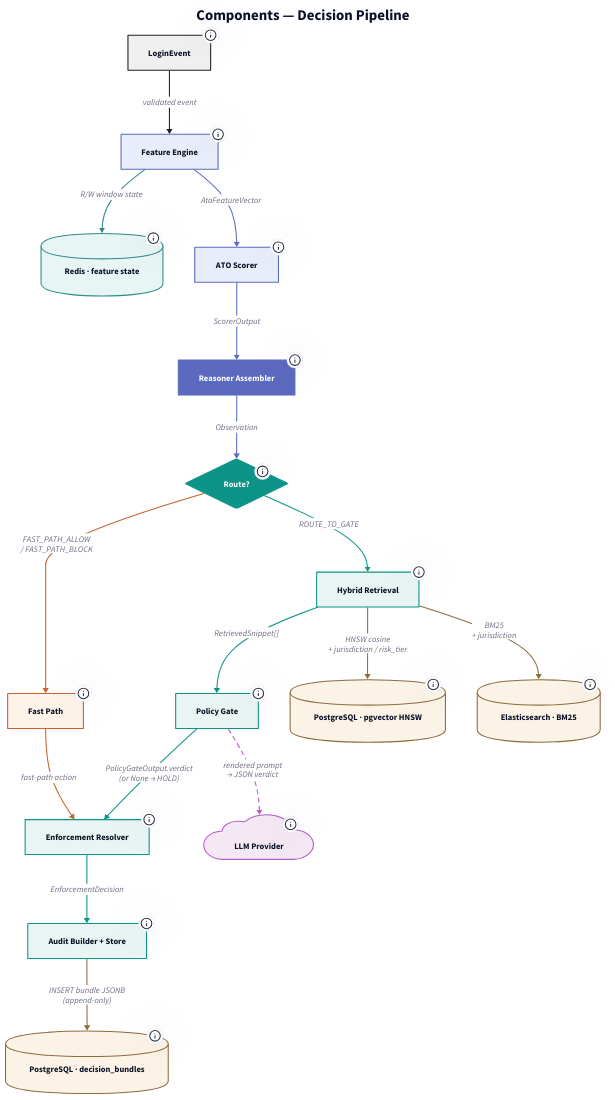
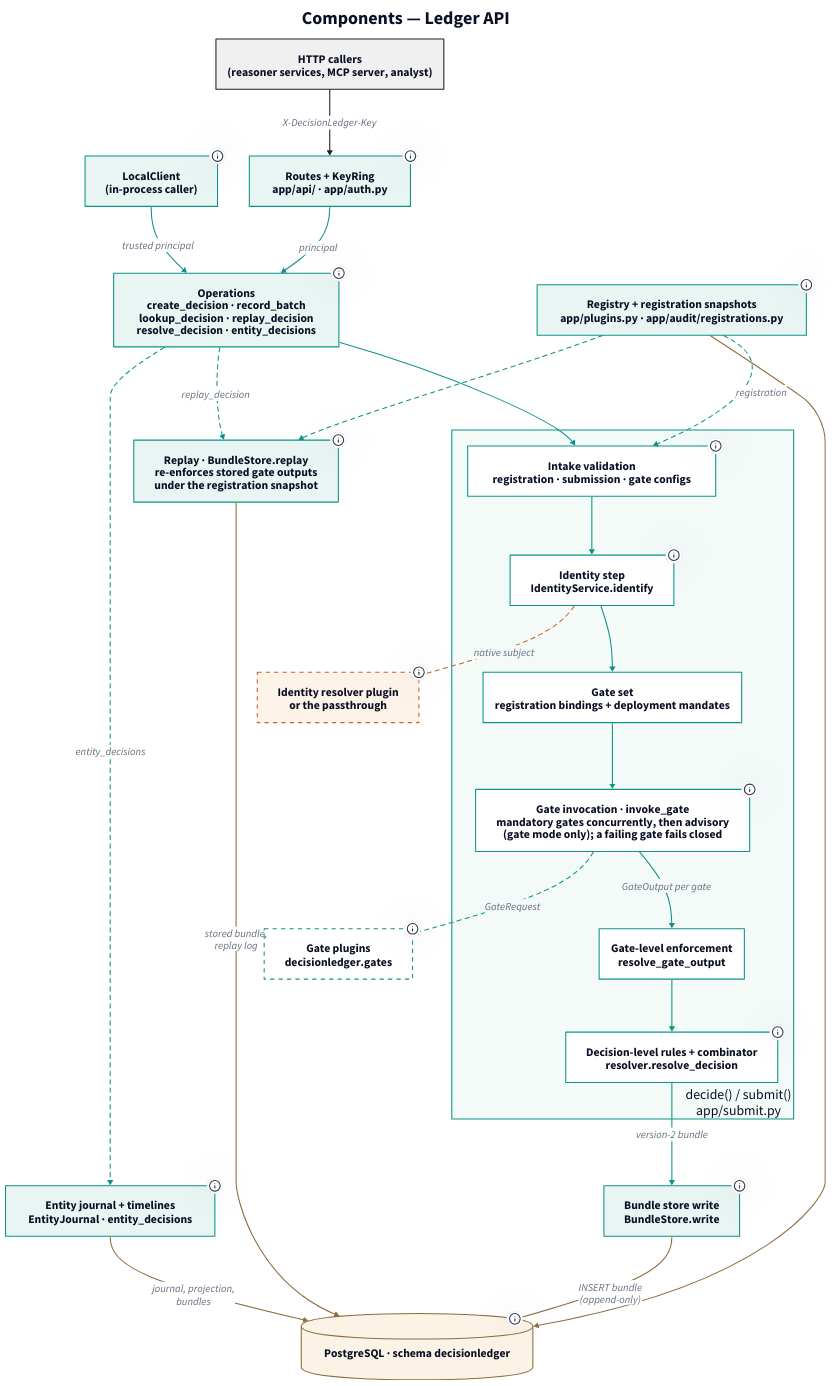
One commit to charleskelley/decision-ledger changed the diagram in docs/design/diagrams/components.d2. Above: the diagram before and after it, drawn with D2. The commit also changed 9 other files, not shown here.

First line of the commit message:
docs(diagrams): the five diagrams show the ledger, its plugins, and the submission flow

```diff
--- a/docs/design/diagrams/components.d2
+++ b/docs/design/diagrams/components.d2
@@ -1,25 +1,32 @@
 ###############################################################################
-# DecisionLedger — C4 Level 3: Decision Pipeline Components
+# DecisionLedger — C4 Level 3: Ledger API Components
 #
-# Zooms into the Decision API container (app/main.py:create_app mounts the
-# ATO plugin's router; the request runs ato_reasoner.pipeline.run_ato_decision
-# and then app/decide.py:execute_decision). Shows domain assembly → intake
-# validation + routing → retrieval + gate (or fast path) → enforcement →
-# audit. The Reasoner Assembler is the single handoff point between the
-# domain and framework layers (the upper/lower halves of the diagram,
-# distinguished by indigo vs teal). Indigo components are code in the ATO
-# workspace member (reasoners/account_takeover/src/ato_reasoner/); teal
-# components are framework code in app/.
+# Zooms into the Ledger API container (app/main.py:create_app). A request
+# enters through the routes and the key ring (app/api/, app/auth.py), which
+# map the X-DecisionLedger-Key header to a principal, and reaches one of the
+# ledger's operations; LocalClient (app/client.py) enters at the same
+# operations in process, as the trusted caller. A decision write runs
+# decide()/submit() (app/submit.py), the framework half of every decision:
+# intake validation → the identity step → the gate set → gate invocation
+# (mandatory gates concurrently, then advisory ones) → gate-level enforcement
+# → the decision-level rules and the combinator → the bundle store write.
+# Side paths: replay re-enforces a bundle's stored gate outputs under its
+# registration snapshot and logs the outcome to replay_logs; the registry
+# snapshots every registration version; the entity journal and the timeline
+# query serve a subject's decisions.
+# Teal components are framework code; dashed ones are plugins the framework
+# loads but does not implement (gate plugins, the identity resolver).
 #
 # Render:  d2 --theme 0 components.d2 ../../assets/diagrams/components.svg
 #          (uses dagre — see justfile for the special-case)
-# Ref:     docs/design/architecture.md, docs/design/pipeline.md, docs/design/reasoner-handoff.md
+# Ref:     docs/design/architecture.md, docs/design/pipeline.md,
+#          docs/design/identity.md
 ###############################################################################
 
-title: Components — Decision Pipeline {
+title: Components — Ledger API {
   near: top-center
   shape: text
-  style.font-size: 28
+  style.font-size: 34
   style.bold: true
 }
 
@@ -27,207 +34,161 @@
 
 ###############################################################################
 # Palette
-#   Domain layer       fill #e8eef9 / stroke #5b6abf  (indigo)
-#   Framework layer    fill #e8f5f3 / stroke #0d9488  (teal)
-#   Routing diamond    filled teal / white text
-#   Fast-path branch   fill #fef3e8 / stroke #c9622e  (burnt orange)
-#   Datastore          fill #fbf3e6 / stroke #8c6d3f  (ochre)
-#   Streaming state    fill #e8f5f5 / stroke #2e8b8b  (cyan)
-#   LLM provider       fill #f5e8f5 / stroke #b45dc9  (violet)
+#   Framework        fill #e8f5f3 / stroke #0d9488  (teal)
+#   Decision steps   fill #ffffff / stroke #0d9488  (teal outline, in the
+#                    decide/submit container)
+#   Gate plugin      fill #ffffff / stroke #0d9488, dashed
+#   Identity         fill #fef3e8 / stroke #c9622e, dashed  (burnt orange:
+#                    the enterprise's resolver plugin or the passthrough)
+#   Datastore        fill #fbf3e6 / stroke #8c6d3f  (ochre)
+#   Caller           fill #f0f0f0 / stroke #1c2024  (neutral)
 ###############################################################################
 
-###############################################################################
-# Inputs
-###############################################################################
+# Node text 22px and edge text 20px keep the labels legible at the docs
+# column width
+classes: {
+  caller: {style: {fill: "#f0f0f0"; stroke: "#1c2024"; stroke-width: 2; font-size: 22}}
+  framework: {style: {fill: "#e8f5f3"; stroke: "#0d9488"; stroke-width: 2; font-size: 22}}
+  step: {style: {fill: "#ffffff"; stroke: "#0d9488"; stroke-width: 2; font-size: 22}}
+  plugin: {style: {fill: "#ffffff"; stroke: "#0d9488"; stroke-width: 2; stroke-dash: 4; font-size: 22}}
+  identity: {style: {fill: "#fef3e8"; stroke: "#c9622e"; stroke-width: 2; stroke-dash: 4; font-size: 22}}
+  datastore: {shape: cylinder; style: {fill: "#fbf3e6"; stroke: "#8c6d3f"; stroke-width: 2; font-size: 22}}
 
-input: LoginEvent {
-  shape: rectangle
-  style.fill: "#f0f0f0"
-  style.stroke: "#1c2024"
-  tooltip: "Validated LoginEvent — entered via POST /api/v1/ato/decisions (ato_reasoner/api.py) or the in-process eval driver (ato_reasoner/eval/driver.py)."
+  flow: {style: {stroke: "#0d9488"; stroke-width: 2; font-size: 20}}
+  side: {style: {stroke: "#0d9488"; stroke-dash: 4; font-size: 20}}
+  to-plugin: {style: {stroke: "#0d9488"; stroke-dash: 4; font-size: 20}}
+  to-identity: {style: {stroke: "#c9622e"; stroke-dash: 4; font-size: 20}}
+  to-store: {style: {stroke: "#8c6d3f"; font-size: 20}}
+  from-caller: {style: {stroke: "#1c2024"; font-size: 20}}
 }
 
 ###############################################################################
-# Domain layer (indigo) — pre-handoff
+# Entry: callers, routes, operations
 ###############################################################################
 
-features: Feature Engine {
-  style.fill: "#e8eef9"
-  style.stroke: "#5b6abf"
-  style.stroke-width: 2
-  tooltip: "FeatureService.compute() — sliding-window velocity + novelty + impossible-travel features over Redis state. ato_reasoner/feature_service.py."
+http: "HTTP callers\n(reasoner services, MCP server, analyst)" {
+  class: caller
 }
 
-redis_state: Redis  ·  feature state {
-  shape: cylinder
-  style.fill: "#e8f5f5"
-  style.stroke: "#2e8b8b"
-  style.stroke-width: 2
-  tooltip: "Per-account ato:* hashes, sets, and sorted sets for sliding windows. TTL-managed. Owned by the ATO reasoner (reasoners/account_takeover/compose.yaml; ATO_REDIS_URL), not the framework."
+local: "LocalClient\n(in-process caller)" {
+  class: framework
+  tooltip: "app/client.py — runs the ledger in the caller's process and calls the same operations the HTTP routes call, as the trusted in-process principal. Eval drivers, tests, and a reasoner that embeds the ledger use it."
 }
 
-scorer: ATO Scorer {
-  style.fill: "#e8eef9"
-  style.stroke: "#5b6abf"
-  style.stroke-width: 2
-  tooltip: "AtoScorer.score() — XGBoost over AtoFeatureVector → ScorerOutput (risk_score, top SHAP signals, GateRoute). ato_reasoner/scorer/."
+routes: "Routes + KeyRing\napp/api/ · app/auth.py" {
+  class: framework
+  tooltip: "GET /health and the /api/v1 routes. KeyRing maps X-DecisionLedger-Key to a principal: a reasoner (bound to its reasoner_id) or the operator. Errors are RFC 9457 problem documents with a stable code (app/api/errors.py)."
 }
 
-assembler: Reasoner Assembler {
-  style.fill: "#5b6abf"
-  style.stroke: "#5b6abf"
-  style.font-color: "#ffffff"
-  style.bold: true
-  style.stroke-width: 2
-  tooltip: "build_observation() — the only function crossing the domain → framework boundary. Translates (LoginEvent, AtoFeatureVector, ScorerOutput) into an Observation with ReasonerContext + GateContext + (fast_path_rationale on fast path). ato_reasoner/assembler.py."
+ops: "Operations\ncreate_decision · record_batch\nlookup_decision · replay_decision\nresolve_decision · entity_decisions" {
+  class: framework
+  tooltip: "app/api/decisions.py and app/api/entities.py: the functions the routes and LocalClient both call."
 }
 
 ###############################################################################
-# Routing diamond
+# decide() / submit() — the framework half of every decision
 ###############################################################################
 
-route: Route? {
-  shape: diamond
-  style.fill: "#0d9488"
-  style.stroke: "#0d9488"
-  style.font-color: "#ffffff"
-  style.bold: true
-  style.stroke-width: 2
-  tooltip: "execute_decision first runs validate_observation against the reasoner registry (registered reasoner, allowed gate / template / jurisdictions), then inspects observation.route. ATO thresholds: FAST_PATH_ALLOW < 0.20; FAST_PATH_BLOCK > 0.95; otherwise ROUTE_TO_GATE. app/decide.py."
+submit: "decide() / submit()\napp/submit.py" {
+  style: {fill: "#f3faf8"; stroke: "#0d9488"; stroke-width: 2; font-size: 26}
+  # Bottom-right, on two lines, keeps the label clear of the edges entering
+  # at the top and the bundle edge leaving at the bottom
+  label.near: bottom-right
+
+  validate: "Intake validation\nregistration · submission · gate configs" {
+    class: step
+    tooltip: "The reasoner must be registered; validate_submission checks the record's bypass citation, the native subject, and the gate contexts; each composed gate checks its own config_model (and ConfigAuthorizer). A failure raises SubmissionContractError before any gate runs."
+  }
+  identity: "Identity step\nIdentityService.identify" {
+    class: step
+    tooltip: "Resolves the submission's native subject through the active resolver in a worker thread under a 50 ms budget (DEFAULT_IDENTITY_BUDGET_MS). Any failure gives the passthrough subject, unresolved, with the reason. It never refuses a decision."
+  }
+  gateset: "Gate set\nregistration bindings + deployment mandates" {
+    class: step
+  }
+  invoke: "Gate invocation · invoke_gate\nmandatory gates concurrently, then advisory\n(gate mode only); a failing gate fails closed" {
+    class: step
+    tooltip: "Advisory gates run only on a gated decision, and are skipped (recorded with the reason) once a mandatory gate blocks. A gate that raises, outlives its budget (45 s default), returns an unusable output, or is not composed is recorded failed and holds the decision."
+  }
+  gatelevel: "Gate-level enforcement\nresolve_gate_output" {
+    class: step
+  }
+  decisionlevel: "Decision-level rules + combinator\nresolver.resolve_decision" {
+    class: step
+    tooltip: "app/enforcement/resolver.py — the decision-level rules, the bypass checks (snapshotted into the bundle), and the most-restrictive combinator over ALLOW < CHALLENGE < HOLD < BLOCK."
+  }
+
+  validate -> identity: {class: flow}
+  identity -> gateset: {class: flow}
+  gateset -> invoke: {class: flow}
+  invoke -> gatelevel: "GateOutput per gate" {class: flow}
+  gatelevel -> decisionlevel: {class: flow}
+}
+
+store: "Bundle store write\nBundleStore.write" {
+  class: framework
+  tooltip: "app/audit/store.py — writes the version-2 bundle stamped with registration_version, and opens the relationships its identity asserts in the membership projection."
 }
 
 ###############################################################################
-# Framework layer (teal) — post-handoff
+# Plugins the framework loads but does not implement
 ###############################################################################
 
-retrieval: Hybrid Retrieval {
-  style.fill: "#e8f5f3"
-  style.stroke: "#0d9488"
-  style.stroke-width: 2
-  tooltip: "PolicyRetriever.retrieve() — pgvector HNSW (dense) + Elasticsearch BM25 (sparse) → RRF fusion → cross-encoder rerank (latency-budget bypass falls back to RRF-only). Filters: reasoner_id (tenant) and jurisdictions on both stores; risk_tier on pgvector only. app/retrieval/."
+resolver: "Identity resolver plugin\nor the passthrough" {
+  class: identity
+  tooltip: "decisionledger.identity_resolvers entry point named by DECISIONLEDGER_IDENTITY_RESOLVER (app/identity/resolvers.py); the passthrough (app/identity/passthrough.py) when none is configured."
 }
 
-gate: Policy Gate {
-  style.fill: "#e8f5f3"
-  style.stroke: "#0d9488"
-  style.stroke-width: 2
-  tooltip: "PolicyGate.evaluate() — resolves the reasoner's YAML prompt template (from its plugin prompts_dir) via gate_config template_id, sends the template's system text, renders with template_vars + retrieved snippets, calls the LLM with a structured-output schema, returns PolicyGateOutput (verdict + rationale + citations) or None on validation failure. app/gate/policy/."
-}
-
-fast_path: Fast Path {
-  style.fill: "#fef3e8"
-  style.stroke: "#c9622e"
-  style.stroke-width: 2
-  tooltip: "Bypasses retrieval + LLM. fast_path_rationale records why. GateContext is still preserved on the bundle for retrospective shadow evaluation."
-}
-
-enforcement: Enforcement Resolver {
-  style.fill: "#e8f5f3"
-  style.stroke: "#0d9488"
-  style.stroke-width: 2
-  tooltip: "resolve(obs, verdict, snippets, decision_id, registration) — pure deterministic rule application. Schema-failure / novel-entity (registration.novel_entity_feature) / low-confidence / jurisdiction-conflict (registration.jurisdiction_conflict_groups) → HOLD; adversarial probe → BLOCK. Severity ladder ALLOW < CHALLENGE < HOLD < BLOCK. Re-runnable byte-identically for replay. app/enforcement/."
-}
-
-audit: Audit Builder + Store {
-  style.fill: "#e8f5f3"
-  style.stroke: "#0d9488"
-  style.stroke-width: 2
-  tooltip: "build_bundle() composes the immutable DecisionBundle (raw_event Observation, retrieval results, gate_input/gate_output, enforcement decision, latency breakdown). BundleStore.write() persists JSONB to Postgres. app/audit/."
+gates: "Gate plugins\ndecisionledger.gates" {
+  class: plugin
+  tooltip: "Composed by app/gates.py. Each gate's evaluate(GateRequest) returns a GateOutput; the ledger enforces it."
 }
 
 ###############################################################################
-# External datastores + LLM
+# Side paths
 ###############################################################################
 
-pg_vec: PostgreSQL  ·  pgvector HNSW {
-  shape: cylinder
-  style.fill: "#fbf3e6"
-  style.stroke: "#8c6d3f"
-  style.stroke-width: 2
-  tooltip: "Dense policy embeddings (384-dim, cosine, HNSW)."
+registry: "Registry + registration snapshots\napp/plugins.py · app/audit/registrations.py" {
+  class: framework
+  tooltip: "The plugins' registrations plus the registration file's (DECISIONLEDGER_REGISTRATIONS). Each version is snapshotted to reasoner_registrations before the first decision; intake validates against the current version, replay against the bundle's registration_version."
 }
 
-es: Elasticsearch  ·  BM25 {
-  shape: cylinder
-  style.fill: "#fbf3e6"
-  style.stroke: "#8c6d3f"
-  style.stroke-width: 2
-  tooltip: "Sparse policy index with jurisdiction + version filters."
+replay: "Replay · BundleStore.replay\nre-enforces stored gate outputs\nunder the registration snapshot" {
+  class: framework
+  tooltip: "app/audit/store.py — replay_bundle re-runs gate-level enforcement on each stored GateOutput, re-evaluates the bypass rules, and re-applies the decision-level rules and the combinator; no gate is invoked. BundleStore.replay appends the outcome to replay_logs."
 }
 
-llm: LLM Provider {
-  shape: cloud
-  style.fill: "#f5e8f5"
-  style.stroke: "#b45dc9"
-  style.stroke-width: 2
-  tooltip: "OpenAI / Anthropic — structured-output policy-gate calls."
+timeline: "Entity journal + timelines\nEntityJournal · entity_decisions" {
+  class: framework
+  tooltip: "app/audit/entity_journal.py (entity_events, append-only; entity_membership, its projection) and BundleStore.entity_decisions (a subject's decisions, unioning merged ids and, on request, related subjects)."
 }
 
-pg_audit: PostgreSQL  ·  decision_bundles {
-  shape: cylinder
-  style.fill: "#fbf3e6"
-  style.stroke: "#8c6d3f"
-  style.stroke-width: 2
-  tooltip: "Append-only audit store in the shared decisionledger schema: decision_bundles JSONB (reasoner_id tenant column) + replay_logs."
+pg: "PostgreSQL · schema decisionledger" {
+  class: datastore
+  tooltip: "decision_bundles, replay_logs, decision_resolution_attempts, reasoner_registrations, entity_events, entity_membership (app/audit/sql/02_tables.sql)."
 }
 
 ###############################################################################
-# Flow — domain side (indigo)
+# Flow
 ###############################################################################
 
-input -> features: "validated event" {
-  style.stroke: "#1c2024"
-}
-features -> redis_state: "R/W window state" {
-  style.stroke: "#2e8b8b"
-}
-features -> scorer: "AtoFeatureVector" {
-  style.stroke: "#5b6abf"
-}
-scorer -> assembler: "ScorerOutput" {
-  style.stroke: "#5b6abf"
-}
-assembler -> route: "Observation" {
-  style.stroke: "#5b6abf"
-  style.stroke-width: 2
-}
+http -> routes: "X-DecisionLedger-Key" {class: from-caller}
+routes -> ops: "principal" {class: flow}
+local -> ops: "trusted principal" {class: flow}
 
-###############################################################################
-# Flow — framework side (teal / orange)
-###############################################################################
+ops -> submit.validate: {class: flow}
+submit.decisionlevel -> store: "version-2 bundle" {class: flow}
+store -> pg: "INSERT bundle\n(append-only)" {class: to-store}
 
-route -> retrieval: "ROUTE_TO_GATE" {
-  style.stroke: "#0d9488"
-  style.stroke-width: 2
-}
-route -> fast_path: "FAST_PATH_ALLOW\n/ FAST_PATH_BLOCK" {
-  style.stroke: "#c9622e"
-  style.stroke-width: 2
-}
+submit.identity -> resolver: "native subject" {class: to-identity}
+submit.invoke -> gates: "GateRequest" {class: to-plugin}
 
-retrieval -> gate: "RetrievedSnippet[]" {
-  style.stroke: "#0d9488"
-}
-gate -> enforcement: "PolicyGateOutput.verdict\n(or None → HOLD)" {
-  style.stroke: "#0d9488"
-}
-fast_path -> enforcement: "fast-path action" {
-  style.stroke: "#c9622e"
-}
-enforcement -> audit: "EnforcementDecision" {
-  style.stroke: "#0d9488"
-}
+registry -> submit.validate: "registration" {class: side}
+registry -> pg: {class: to-store}
 
-retrieval -> pg_vec: "HNSW cosine\n+ jurisdiction / risk_tier" {
-  style.stroke: "#8c6d3f"
-}
-retrieval -> es: "BM25\n+ jurisdiction" {
-  style.stroke: "#8c6d3f"
-}
-gate -> llm: "rendered prompt\n→ JSON verdict" {
-  style.stroke: "#b45dc9"
-  style.stroke-dash: 4
-}
-audit -> pg_audit: "INSERT bundle JSONB\n(append-only)" {
-  style.stroke: "#8c6d3f"
-}
+ops -> replay: "replay_decision" {class: side}
+registry -> replay: {class: side}
+replay -> pg: "stored bundle,\nreplay log" {class: to-store}
+
+ops -> timeline: "entity_decisions" {class: side}
+timeline -> pg: "journal, projection,\nbundles" {class: to-store}
```
